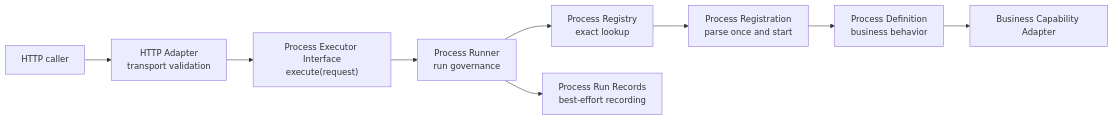
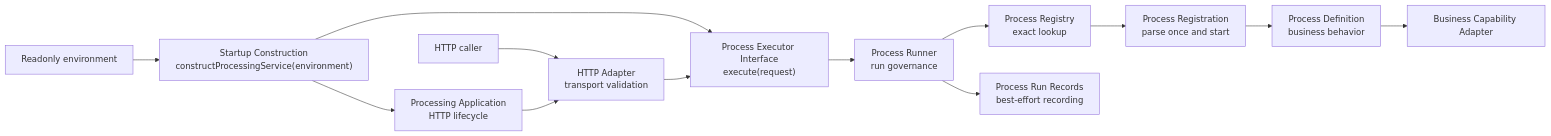
One commit to hkai-ai/pipipi changed the diagram in docs/process-runtime-design.md. Above: the diagram before and after it, drawn with Mermaid. The commit also changed other lines of this file and 9 other files, not shown here.

Commit message:
refactor: centralize production startup construction

````diff
--- a/docs/process-runtime-design.md
+++ b/docs/process-runtime-design.md
@@ -19,11 +21,15 @@
 ```mermaid
 flowchart LR
+    Env["Readonly environment"] --> Startup["Startup Construction<br/>constructProcessingService(environment)"]
+    Startup --> Application["Processing Application<br/>HTTP lifecycle"]
+    Startup --> Executor
     Caller["HTTP caller"] --> Http["HTTP Adapter<br/>transport validation"]
+    Application --> Http
     Http --> Executor["Process Executor Interface<br/>execute(request)"]
     Executor --> Runner["Process Runner<br/>run governance"]
     Runner --> Registry["Process Registry<br/>exact lookup"]
     Registry --> Registration["Process Registration<br/>parse once and start"]
     Registration --> Definition["Process Definition<br/>business behavior"]
     Definition --> Capability["Business Capability Adapter"]
     Runner --> Records["Process Run Records<br/>best-effort recording"]
 ```
````
